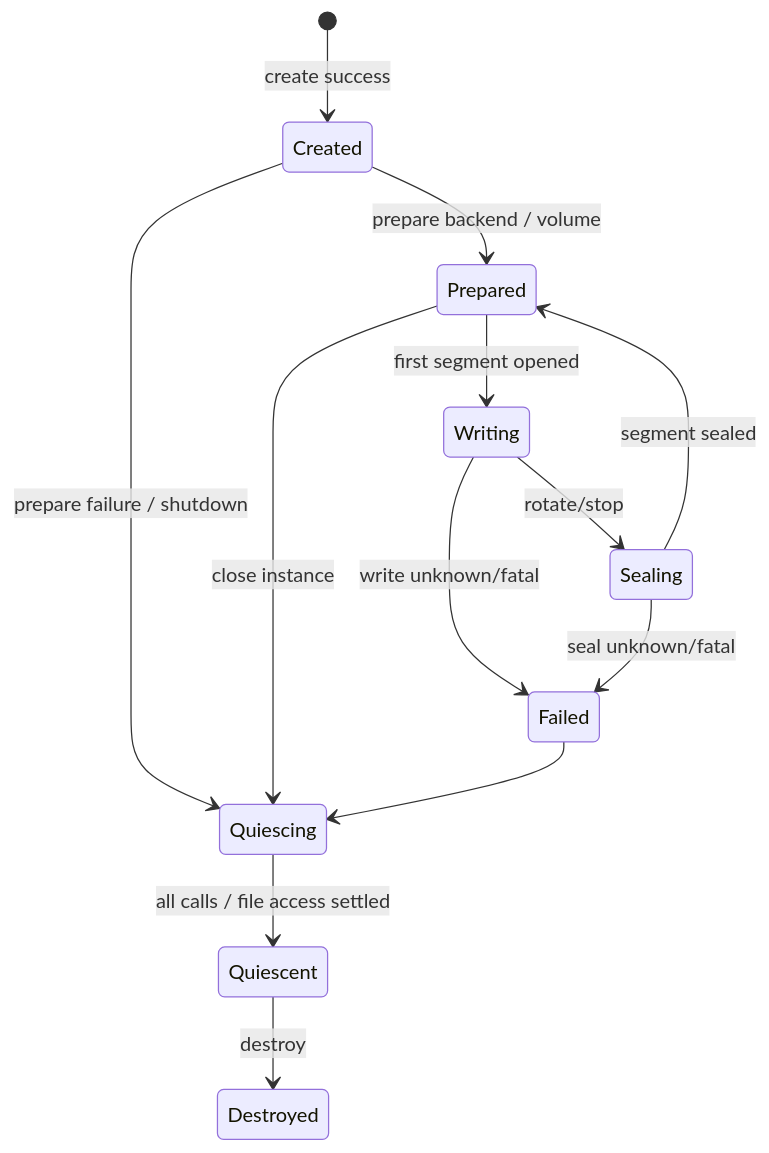
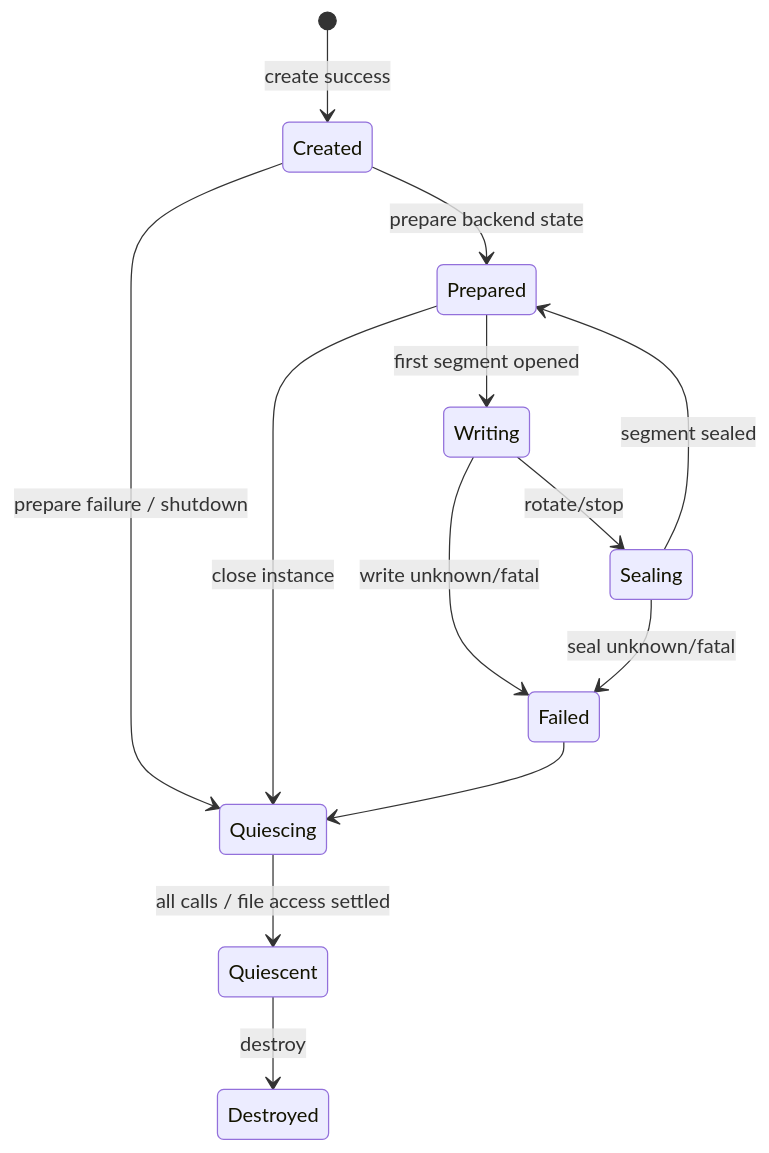
Before and after one commit to SiYueY/rodaq: the second of 2 diagrams in docs/design/storage.md, drawn with Mermaid. The commit also changed other lines of this file and 7 other files, not shown here.

````diff
--- a/docs/design/storage.md
+++ b/docs/design/storage.md
@@ -68,15 +67,15 @@
 ```mermaid
 stateDiagram-v2
     [*] --> Created: create success
-    Created --> Prepared: prepare backend / volume
+    Created --> Prepared: prepare backend state
     Prepared --> Writing: first segment opened
     Writing --> Sealing: rotate/stop
     Sealing --> Prepared: segment sealed
     Writing --> Failed: write unknown/fatal
     Sealing --> Failed: seal unknown/fatal
     Created --> Quiescing: prepare failure / shutdown
     Prepared --> Quiescing: close instance
     Failed --> Quiescing
     Quiescing --> Quiescent: all calls / file access settled
     Quiescent --> Destroyed: destroy
 ```
````
